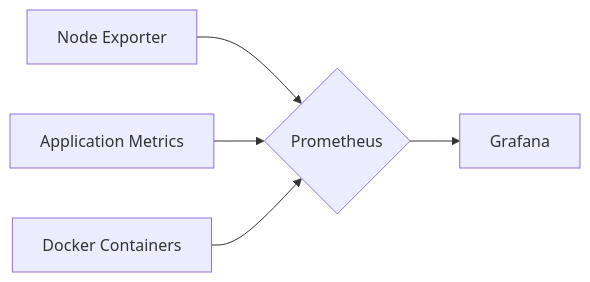
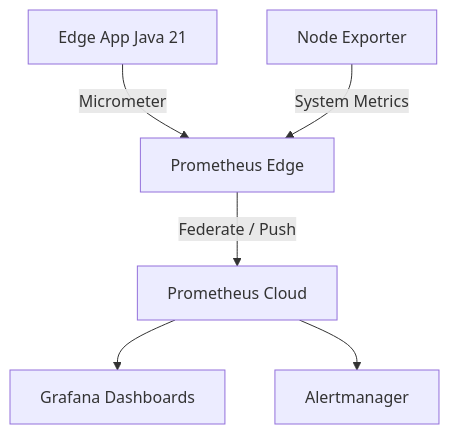
Before and after one commit to Joaquinriosheredia/DAM-Java-Mastery: the fourth of 7 diagrams in _Review/edge_computing_y_arquitecturas_distribuidas_modernas/edge_computing_y_arquitecturas_distribuidas_modernas.md, drawn with Mermaid. The commit also changed other lines of this file, not shown here.

Commit message:
Edge Computing y Arquitecturas Distribuidas Modernas con Java 21

````diff
--- a/_Review/edge_computing_y_arquitecturas_distribuidas_modernas/edge_computing_y_arquitecturas_distribuidas_modernas.md
+++ b/_Review/edge_computing_y_arquitecturas_distribuidas_modernas/edge_computing_y_arquitecturas_distribuidas_modernas.md
@@ -559,8 +306,8 @@
 ```mermaid
-graph LR
-    A[Node Exporter] --> B{Prometheus}
-    C[Application Metrics] --> B
-    D[Docker Containers] --> B
-
-    B --> E[Grafana]
+graph TD
+    APP[Edge App Java 21] -->|Micrometer| PROM_EDGE[Prometheus Edge]
+    NODE[Node Exporter] -->|System Metrics| PROM_EDGE
+    PROM_EDGE -->|Federate / Push| PROM_CLOUD[Prometheus Cloud]
+    PROM_CLOUD --> GRAF[Grafana Dashboards]
+    PROM_CLOUD --> ALERT[Alertmanager]
 ```
````
